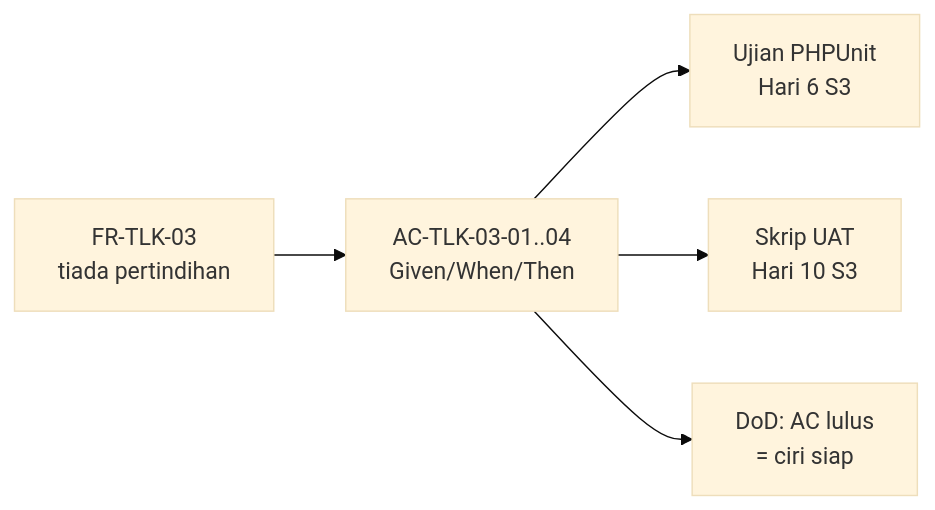
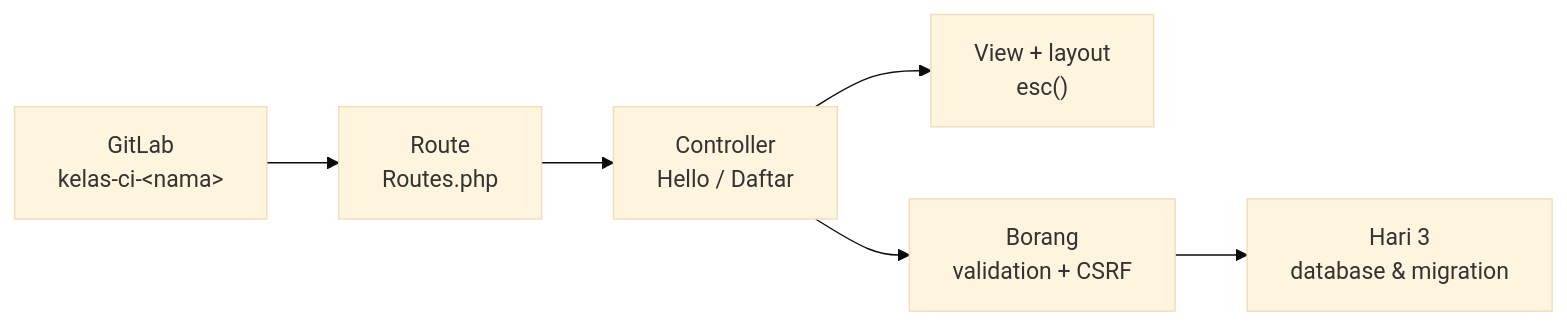
The first of 3 diagrams in hari-2/README.md (habibtalib/coach-codeigniter-10-hari-kkm-peserta), drawn with Mermaid (base theme) before and after one commit. The commit also changed other lines of this file and 59 other files, not shown here.

Commit message:
Hari 2 hands-on: projek kelas-ci-<nama> di GitLab, route/layout, borang + CSRF; istilah teknikal English; rujukan keperluan

````diff
--- a/hari-2/README.md
+++ b/hari-2/README.md
@@ -47,7 +44,8 @@
 ```mermaid
 flowchart LR
-    FR["FR-TLK-03<br/>tiada pertindihan"] --> AC["AC-TLK-03-01..04<br/>Given/When/Then"]
-    AC --> T1["Ujian PHPUnit<br/>Hari 6 S3"]
-    AC --> T2["Skrip UAT<br/>Hari 10 S3"]
-    AC --> DOD["DoD: AC lulus<br/>= ciri siap"]
+    G["GitLab<br/>kelas-ci-&lt;nama&gt;"] --> R["Route<br/>Routes.php"]
+    R --> C["Controller<br/>Hello / Daftar"]
+    C --> V["View + layout<br/>esc()"]
+    C --> F["Borang<br/>validation + CSRF"]
+    F --> H3["Hari 3<br/>database & migration"]
 ```
````
